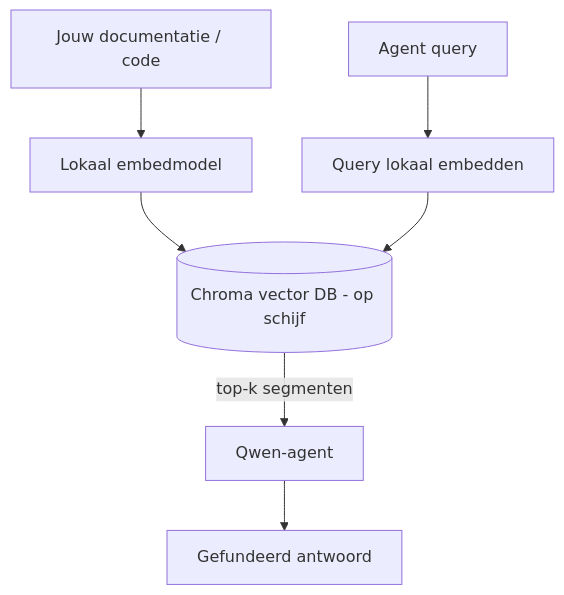
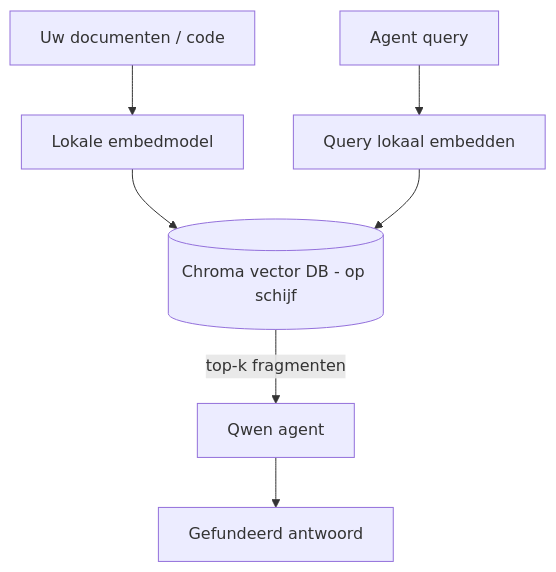
Before and after one commit to microsoft/ai-agents-for-beginners: the third of 4 diagrams in translations/nl/17-creating-local-ai-agents/README.md, drawn with Mermaid. The commit also changed other lines of this file and 47 other files, not shown here.

````diff
--- a/translations/nl/17-creating-local-ai-agents/README.md
+++ b/translations/nl/17-creating-local-ai-agents/README.md
@@ -125,9 +125,9 @@
 ```mermaid
 flowchart TB
-    D[Jouw documentatie / code] --> E[Lokaal embedmodel]
+    D[Uw documenten / code] --> E[Lokale embedmodel]
     E --> V[(Chroma vector DB - op schijf)]
     Q[Agent query] --> QE[Query lokaal embedden]
     QE --> V
-    V -->|top-k segmenten| A[Qwen-agent]
+    V -->|top-k fragmenten| A[Qwen agent]
     A --> Ans[Gefundeerd antwoord]
 ```
````
